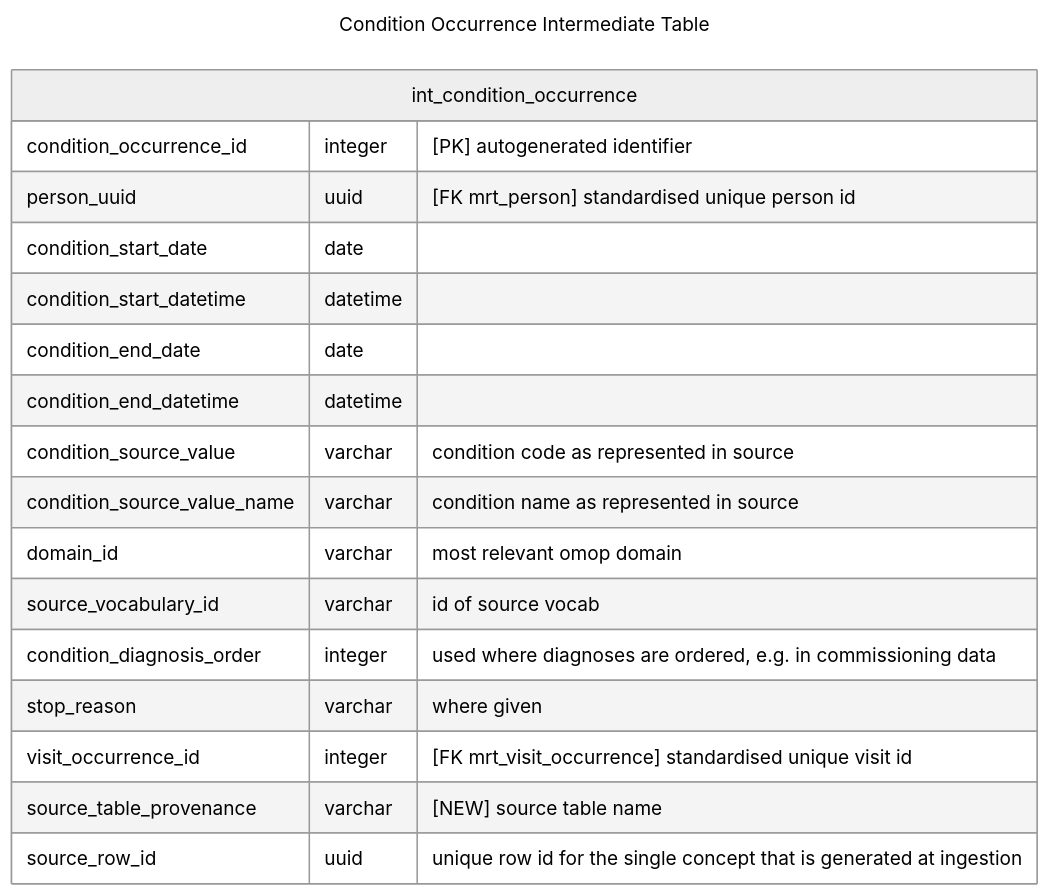
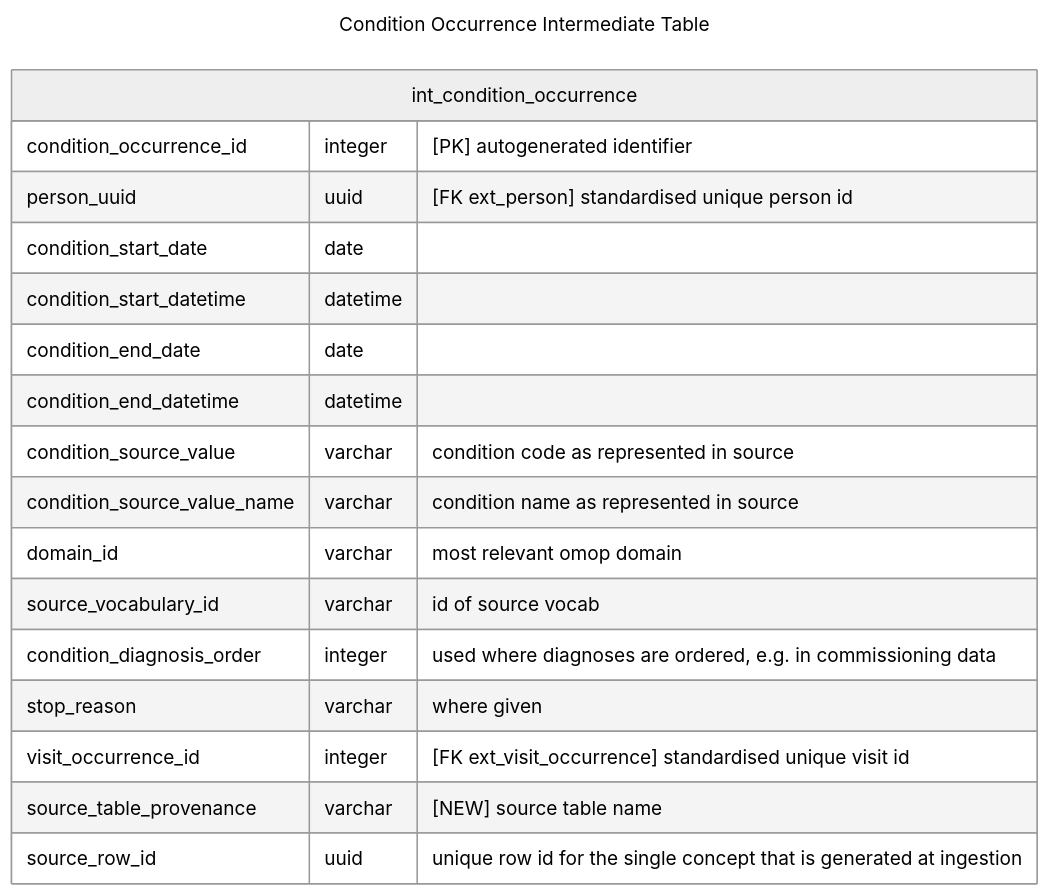
The first of 3 diagrams in src/pages/data_model/cdm_condition_occurrence.qmd (d3london/sde_aic_external_docs), drawn with Mermaid (neutral theme) before and after one commit. The commit also changed other lines of this file and 4 other files, not shown here.

````diff
--- a/src/pages/data_model/cdm_condition_occurrence.qmd
+++ b/src/pages/data_model/cdm_condition_occurrence.qmd
@@ -28,23 +28,23 @@
 ```{mermaid}
 ---
 title: Condition Occurrence Intermediate Table
 ---
 erDiagram
     int_condition_occurrence {
         condition_occurrence_id integer "[PK] autogenerated identifier"
-        person_uuid uuid "[FK mrt_person] standardised unique person id"
+        person_uuid uuid "[FK ext_person] standardised unique person id"
         condition_start_date date
         condition_start_datetime datetime
         condition_end_date date
         condition_end_datetime datetime        
         condition_source_value varchar "condition code as represented in source"
         condition_source_value_name varchar "condition name as represented in source"
         domain_id varchar "most relevant omop domain"
         source_vocabulary_id varchar "id of source vocab"
         condition_diagnosis_order integer "used where diagnoses are ordered, e.g. in commissioning data"
         stop_reason varchar "where given"
-        visit_occurrence_id integer "[FK mrt_visit_occurrence] standardised unique visit id"
+        visit_occurrence_id integer "[FK ext_visit_occurrence] standardised unique visit id"
         source_table_provenance varchar "[NEW] source table name"
         source_row_id uuid "unique row id for the single concept that is generated at ingestion"
     }
 ```
````
